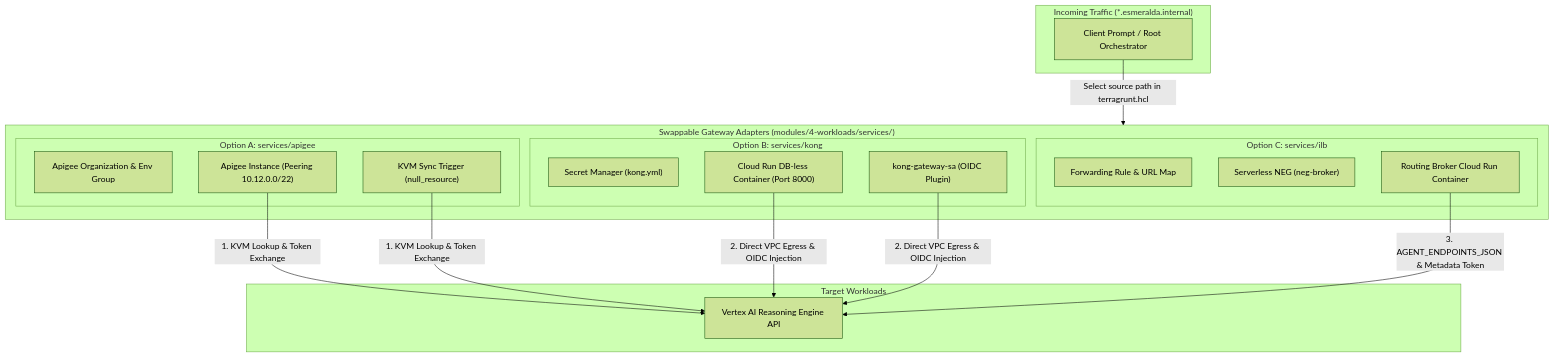
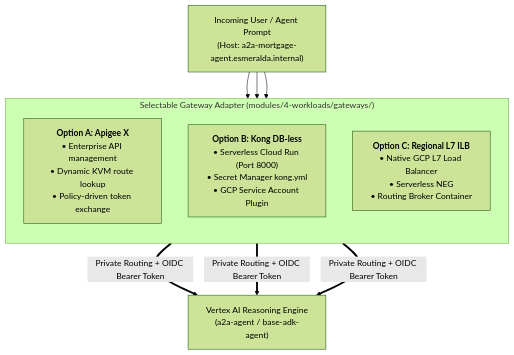
Before and after one commit to google/esmeralda: the diagram in docs/2-workloads-and-catalog/01-ingress-gateways.md, drawn with Mermaid (forest theme). The commit also changed other lines of this file and 14 other files, not shown here.

First line of the commit message:
docs: complete enterprise architecture overhaul with ADRs, personas, and dark mode diagrams

````diff
--- a/docs/2-workloads-and-catalog/01-ingress-gateways.md
+++ b/docs/2-workloads-and-catalog/01-ingress-gateways.md
@@ -114,35 +45,16 @@
 ```mermaid
 flowchart TD
-    subgraph Client["Incoming Traffic (*.esmeralda.internal)"]
-        Req["Client Prompt / Root Orchestrator"]
+    Req["Incoming User / Agent Prompt<br/>(Host: a2a-mortgage-agent.esmeralda.internal)"]
+    
+    subgraph Adapters["Selectable Gateway Adapter (modules/4-workloads/gateways/)"]
+        direction TB
+        OptA["<b>Option A: Apigee X</b><br/>• Enterprise API management<br/>• Dynamic KVM route lookup<br/>• Policy-driven token exchange"]
+        OptB["<b>Option B: Kong DB-less</b><br/>• Serverless Cloud Run (Port 8000)<br/>• Secret Manager kong.yml<br/>• GCP Service Account Plugin"]
+        OptC["<b>Option C: Regional L7 ILB</b><br/>• Native GCP L7 Load Balancer<br/>• Serverless NEG<br/>• Routing Broker Container"]
     end
 
-    subgraph Adapters["Swappable Gateway Adapters (modules/4-workloads/services/)"]
-        subgraph OptA["Option A: services/apigee"]
-            A_Org["Apigee Organization & Env Group"]
-            A_Inst["Apigee Instance (Peering 10.12.0.0/22)"]
-            A_KVM["KVM Sync Trigger (null_resource)"]
-        end
+    Backend["Vertex AI Reasoning Engine<br/>(a2a-agent / base-adk-agent)"]
 
-        subgraph OptB["Option B: services/kong"]
-            B_Secret["Secret Manager (kong.yml)"]
-            B_Run["Cloud Run DB-less Container (Port 8000)"]
-            B_SA["kong-gateway-sa (OIDC Plugin)"]
-        end
-
-        subgraph OptC["Option C: services/ilb"]
-            C_ILB["Forwarding Rule & URL Map"]
-            C_NEG["Serverless NEG (neg-broker)"]
-            C_Broker["Routing Broker Cloud Run Container"]
-        end
-    end
-
-    subgraph Backend["Target Workloads"]
-        Vertex["Vertex AI Reasoning Engine API"]
-    end
-
-    Req -->|Select source path in terragrunt.hcl| Adapters
-    A_Inst & A_KVM -->|1. KVM Lookup & Token Exchange| Vertex
-    B_Run & B_SA -->|2. Direct VPC Egress & OIDC Injection| Vertex
-    C_Broker -->|3. AGENT_ENDPOINTS_JSON & Metadata Token| Vertex
+    Req --> OptA & OptB & OptC
+    OptA & OptB & OptC ==>|Private Routing + OIDC Bearer Token| Backend
 ```
````
